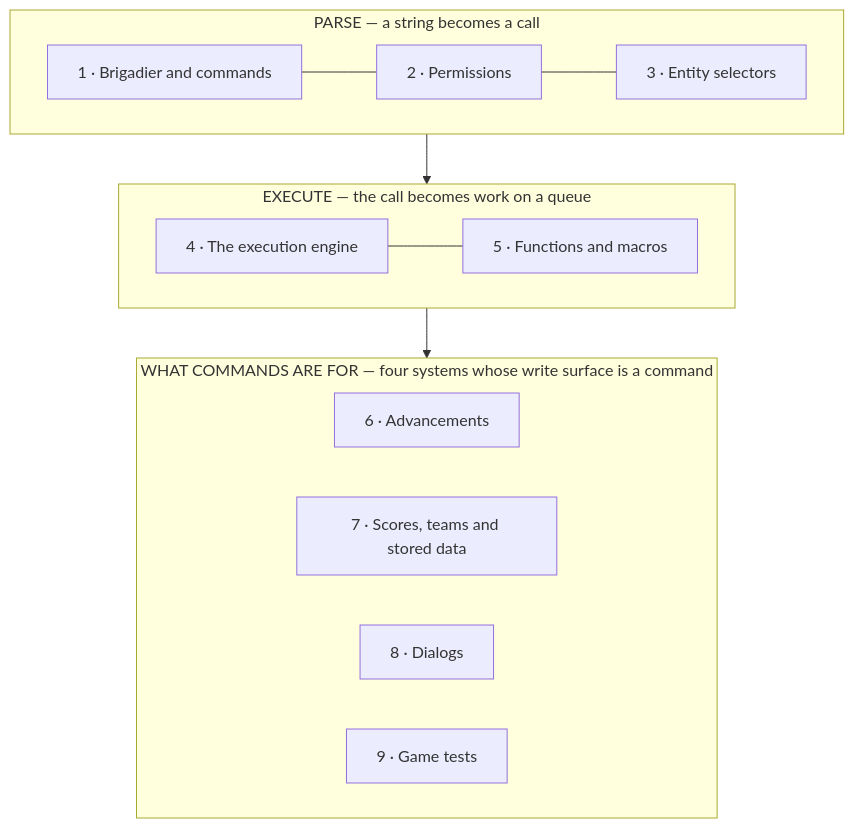
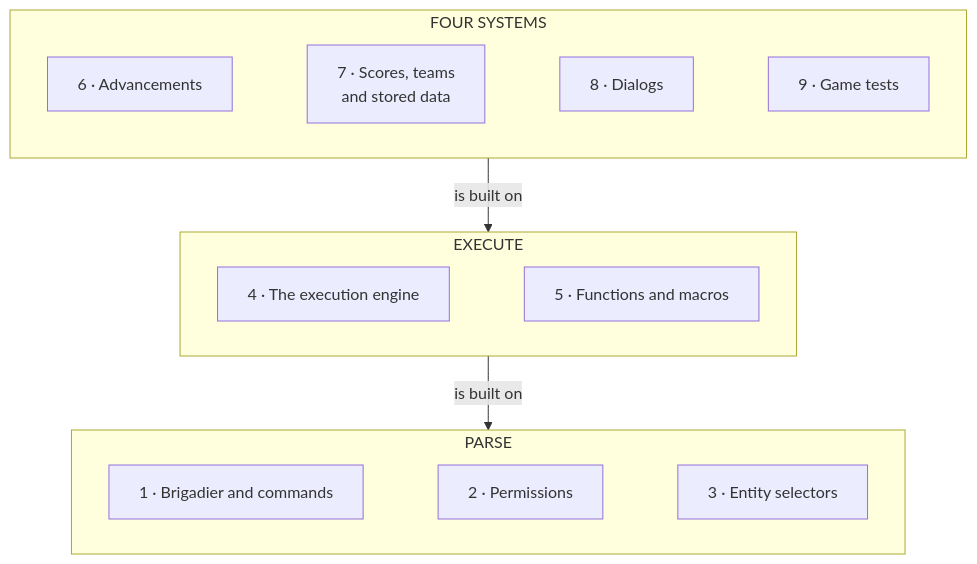
The diagram in src/systems/commands/README.md (AlexanderjFraser/MinecraftDocs), drawn with Mermaid before and after one commit. The commit also changed other lines of this file and 16 other files, not shown here.

````diff
--- a/src/systems/commands/README.md
+++ b/src/systems/commands/README.md
@@ -45,20 +45,17 @@
 ```mermaid
-flowchart TB
-    subgraph P["PARSE — a string becomes a call"]
+flowchart TD
+    subgraph U["FOUR SYSTEMS"]
         direction LR
-        L1["1 · Brigadier and commands"] --- L2["2 · Permissions"] --- L2b["3 · Entity selectors"]
+        L5["6 · Advancements"] ~~~ L6["7 · Scores, teams<br/>and stored data"] ~~~ L7["8 · Dialogs"] ~~~ L8["9 · Game tests"]
     end
-    P --> X
-    subgraph X["EXECUTE — the call becomes work on a queue"]
+    U -->|"is built on"| X
+    subgraph X["EXECUTE"]
         direction LR
-        L3["4 · The execution engine"] --- L4["5 · Functions and macros"]
+        L3["4 · The execution engine"] ~~~ L4["5 · Functions and macros"]
     end
-    X --> U
-    subgraph U["WHAT COMMANDS ARE FOR — four systems whose write surface is a command"]
+    X -->|"is built on"| P
+    subgraph P["PARSE"]
         direction LR
-        L5["6 · Advancements"]
-        L6["7 · Scores, teams and stored data"]
-        L7["8 · Dialogs"]
-        L8["9 · Game tests"]
+        L1["1 · Brigadier and commands"] ~~~ L2["2 · Permissions"] ~~~ L2b["3 · Entity selectors"]
     end
 ```
````
